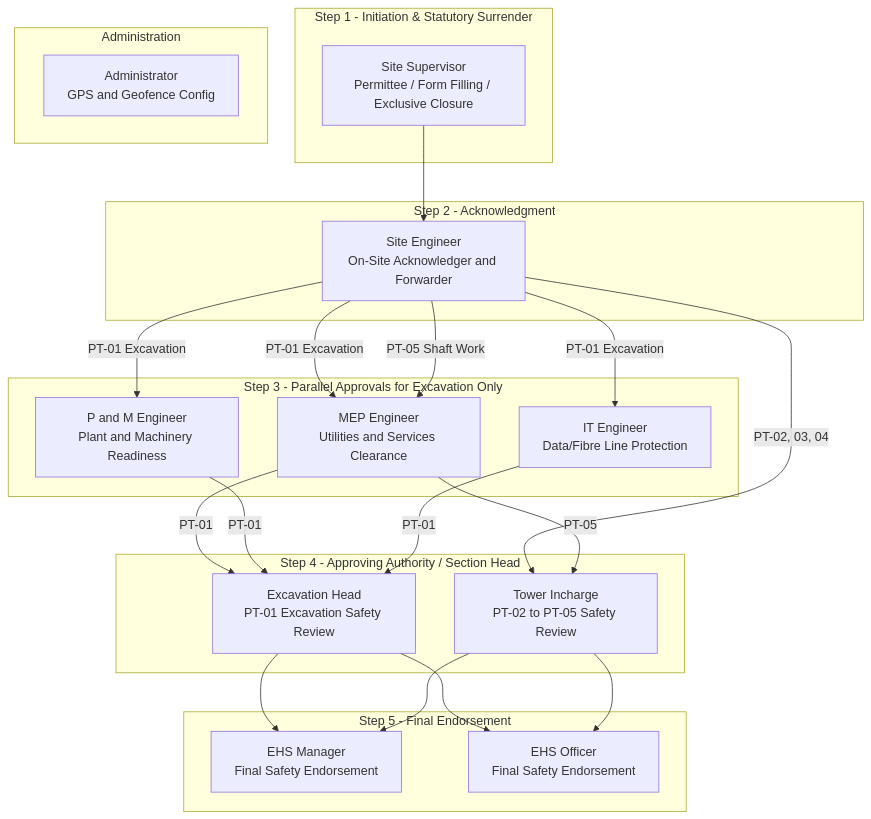
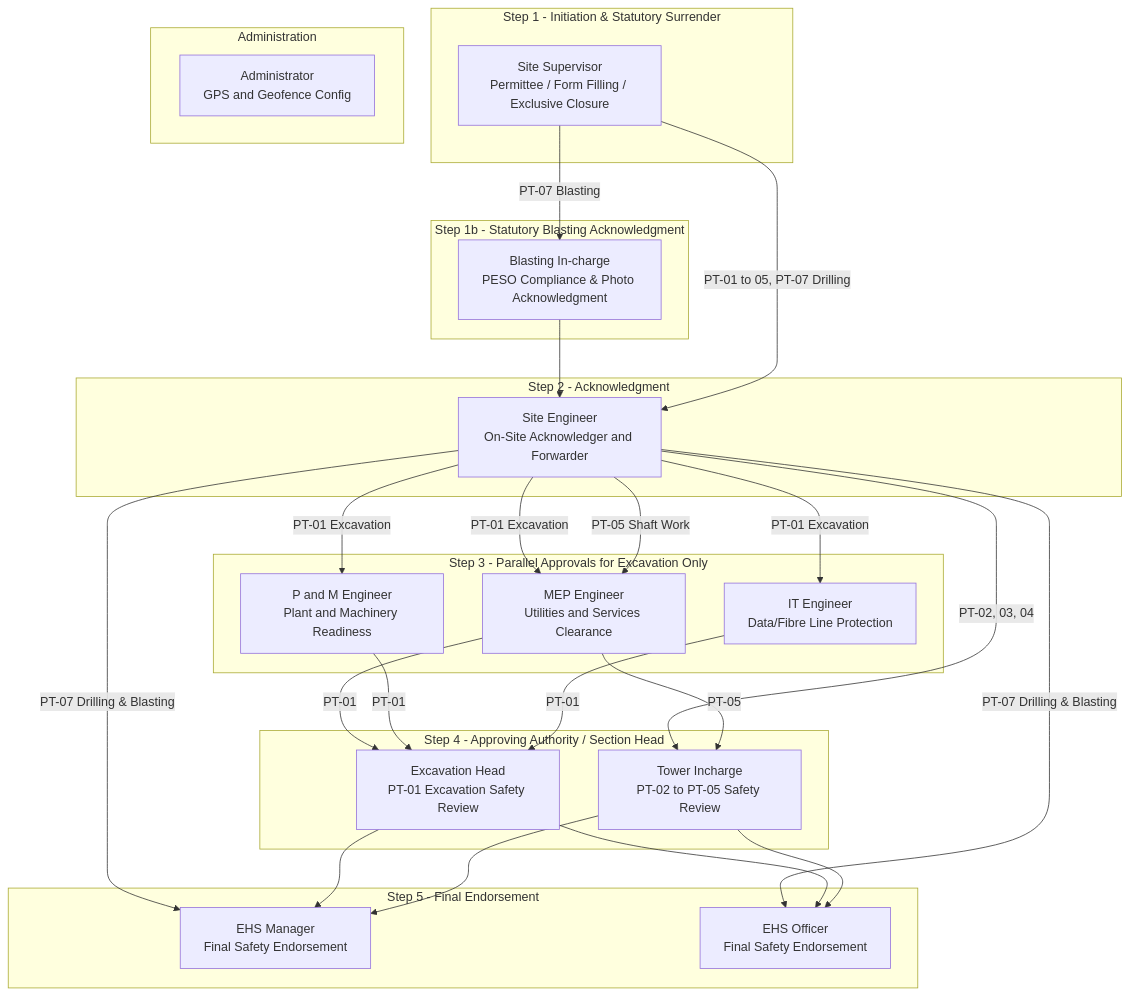
The third of 29 diagrams in README.md (AuroGroupAutomationBot/ARPL-EHS-Demo), drawn with Mermaid before and after one commit. The commit also changed other lines of this file and 4 other files, not shown here.

````diff
--- a/README.md
+++ b/README.md
@@ -230,40 +233,47 @@
 ```mermaid
 graph TB
     subgraph "Step 1 - Initiation & Statutory Surrender"
         SS["Site Supervisor<br/>Permittee / Form Filling / Exclusive Closure"]
+    end
+    subgraph "Step 1b - Statutory Blasting Acknowledgment"
+        BIC["Blasting In-charge<br/>PESO Compliance & Photo Acknowledgment"]
     end
     subgraph "Step 2 - Acknowledgment"
         SiteEng["Site Engineer<br/>On-Site Acknowledger and Forwarder"]
     end
     subgraph "Step 3 - Parallel Approvals for Excavation Only"
         MEP["MEP Engineer<br/>Utilities and Services Clearance"]
         PM["P and M Engineer<br/>Plant and Machinery Readiness"]
         IT["IT Engineer<br/>Data/Fibre Line Protection"]
     end
     subgraph "Step 4 - Approving Authority / Section Head"
         EH["Excavation Head<br/>PT-01 Excavation Safety Review"]
         TI["Tower Incharge<br/>PT-02 to PT-05 Safety Review"]
     end
     subgraph "Step 5 - Final Endorsement"
         EM["EHS Manager<br/>Final Safety Endorsement"]
         EO["EHS Officer<br/>Final Safety Endorsement"]
     end
     subgraph "Administration"
         AD["Administrator<br/>GPS and Geofence Config"]
     end
 
-    SS --> SiteEng
+    SS -->|PT-07 Blasting| BIC
+    BIC --> SiteEng
+    SS -->|PT-01 to 05, PT-07 Drilling| SiteEng
     SiteEng -->|PT-01 Excavation| MEP
     SiteEng -->|PT-01 Excavation| PM
     SiteEng -->|PT-01 Excavation| IT
     SiteEng -->|PT-05 Shaft Work| MEP
     SiteEng -->|PT-02, 03, 04| TI
+    SiteEng -->|PT-07 Drilling & Blasting| EM
+    SiteEng -->|PT-07 Drilling & Blasting| EO
     MEP -->|PT-01| EH
     PM -->|PT-01| EH
     IT -->|PT-01| EH
     MEP -->|PT-05| TI
     EH --> EM
     EH --> EO
     TI --> EM
     TI --> EO
 ```
````
